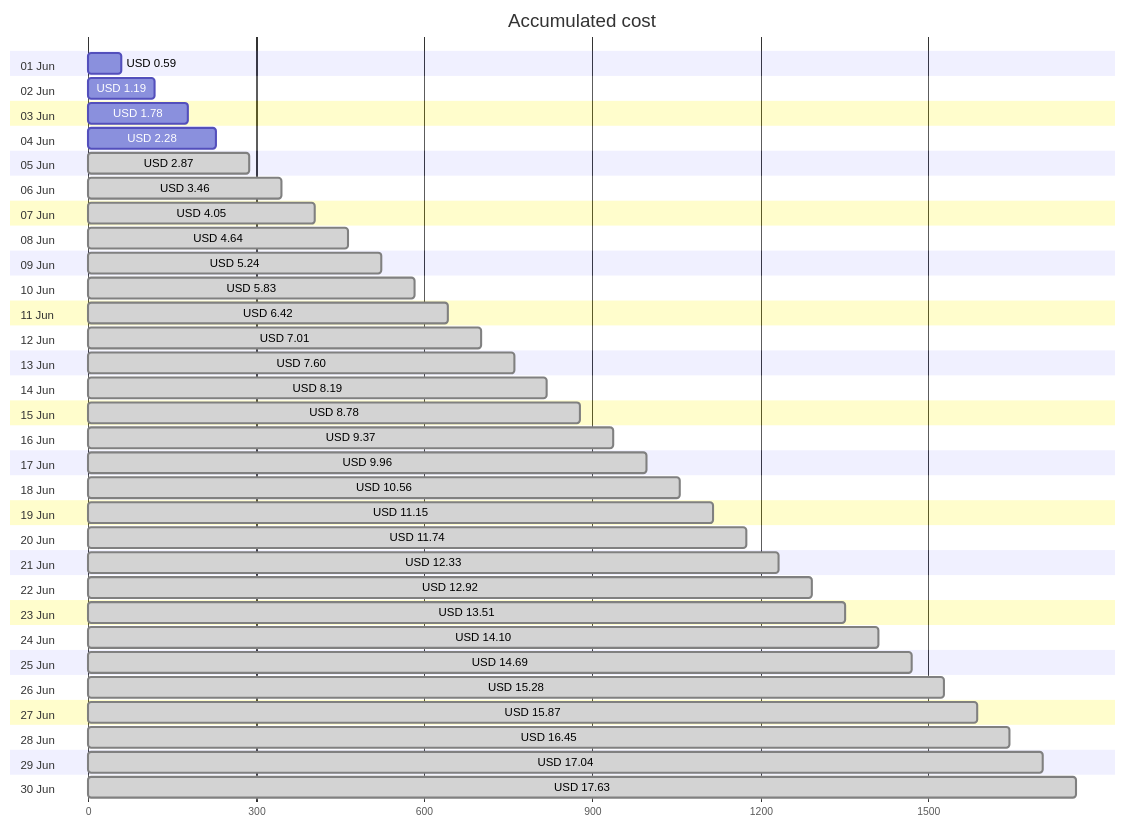
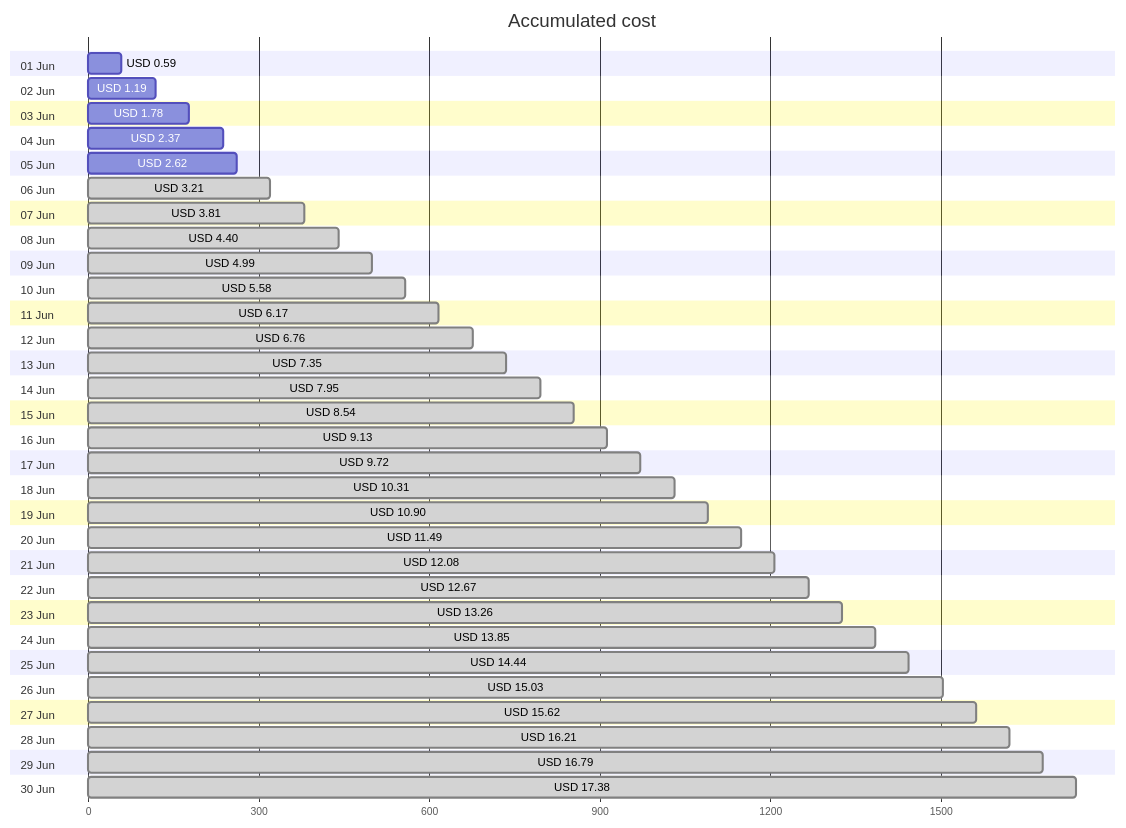
Before and after one commit to jpfulton/azure-personal-reports: the first of 4 diagrams in cost-reports/personal-site/README.md, drawn with Mermaid. The commit also changed other lines of this file and 6 other files, not shown here.

````diff
--- a/cost-reports/personal-site/README.md
+++ b/cost-reports/personal-site/README.md
@@ -20,66 +20,66 @@
 ```mermaid
 gantt
    title Accumulated cost
    dateFormat  X
    axisFormat %s
    section 01 Jun
    USD 0.59 :0, 59
    section 02 Jun
    USD 1.19 :0, 119
    section 03 Jun
    USD 1.78 :0, 178
    section 04 Jun
-   USD 2.28 :0, 228
+   USD 2.37 :0, 237
    section 05 Jun
-   USD 2.87 : done, 0, 287
+   USD 2.62 :0, 262
    section 06 Jun
-   USD 3.46 : done, 0, 346
+   USD 3.21 : done, 0, 321
    section 07 Jun
-   USD 4.05 : done, 0, 405
+   USD 3.81 : done, 0, 381
    section 08 Jun
-   USD 4.64 : done, 0, 464
+   USD 4.40 : done, 0, 440
    section 09 Jun
-   USD 5.24 : done, 0, 524
+   USD 4.99 : done, 0, 499
    section 10 Jun
-   USD 5.83 : done, 0, 583
+   USD 5.58 : done, 0, 558
    section 11 Jun
-   USD 6.42 : done, 0, 642
+   USD 6.17 : done, 0, 617
    section 12 Jun
-   USD 7.01 : done, 0, 701
+   USD 6.76 : done, 0, 676
    section 13 Jun
-   USD 7.60 : done, 0, 760
+   USD 7.35 : done, 0, 735
    section 14 Jun
-   USD 8.19 : done, 0, 819
+   USD 7.95 : done, 0, 795
    section 15 Jun
-   USD 8.78 : done, 0, 878
+   USD 8.54 : done, 0, 854
    section 16 Jun
-   USD 9.37 : done, 0, 937
+   USD 9.13 : done, 0, 913
    section 17 Jun
-   USD 9.96 : done, 0, 996
+   USD 9.72 : done, 0, 972
    section 18 Jun
-   USD 10.56 : done, 0, 1056
+   USD 10.31 : done, 0, 1031
    section 19 Jun
-   USD 11.15 : done, 0, 1115
+   USD 10.90 : done, 0, 1090
    section 20 Jun
-   USD 11.74 : done, 0, 1174
+   USD 11.49 : done, 0, 1149
    section 21 Jun
-   USD 12.33 : done, 0, 1233
+   USD 12.08 : done, 0, 1208
    section 22 Jun
-   USD 12.92 : done, 0, 1292
+   USD 12.67 : done, 0, 1267
    section 23 Jun
-   USD 13.51 : done, 0, 1351
+   USD 13.26 : done, 0, 1326
    section 24 Jun
-   USD 14.10 : done, 0, 1410
+   USD 13.85 : done, 0, 1385
    section 25 Jun
-   USD 14.69 : done, 0, 1469
+   USD 14.44 : done, 0, 1444
    section 26 Jun
-   USD 15.28 : done, 0, 1528
+   USD 15.03 : done, 0, 1503
    section 27 Jun
-   USD 15.87 : done, 0, 1587
+   USD 15.62 : done, 0, 1562
    section 28 Jun
-   USD 16.45 : done, 0, 1645
+   USD 16.21 : done, 0, 1621
    section 29 Jun
-   USD 17.04 : done, 0, 1704
+   USD 16.79 : done, 0, 1679
    section 30 Jun
-   USD 17.63 : done, 0, 1763
+   USD 17.38 : done, 0, 1738
 ```
````
